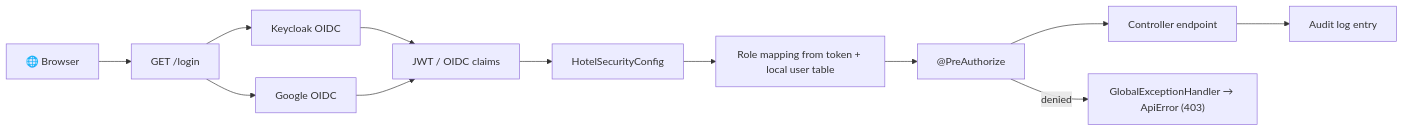
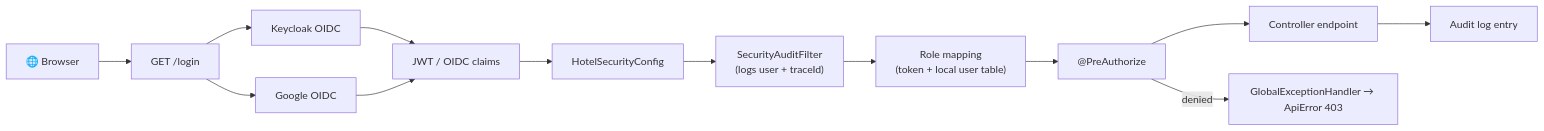
One commit to byte2code/hotel-management-api changed the first of 4 diagrams in README.md. Above: the diagram before and after it, drawn with Mermaid. The commit also changed other lines of this file, not shown here.

Commit message:
docs: Comprehensive README update — Phase 3 observability, test suite design, CI pipeline, and API tables

````diff
--- a/README.md
+++ b/README.md
@@ -238,14 +331,15 @@
 ```mermaid
 flowchart LR
     Browser["🌐 Browser"] --> Login["GET /login"]
     Login --> Keycloak["Keycloak OIDC"]
     Login --> Google["Google OIDC"]
     Keycloak --> Token["JWT / OIDC claims"]
     Google --> Token
     Token --> Security["HotelSecurityConfig"]
-    Security --> RoleMap["Role mapping from token + local user table"]
+    Security --> AuditFilter["SecurityAuditFilter\n(logs user + traceId)"]
+    AuditFilter --> RoleMap["Role mapping\n(token + local user table)"]
     RoleMap --> PreAuth["@PreAuthorize"]
     PreAuth --> Endpoint["Controller endpoint"]
     Endpoint --> Audit["Audit log entry"]
-    PreAuth -->|denied| ExHandler["GlobalExceptionHandler → ApiError (403)"]
+    PreAuth -->|denied| ExHandler["GlobalExceptionHandler → ApiError 403"]
 ```
````
